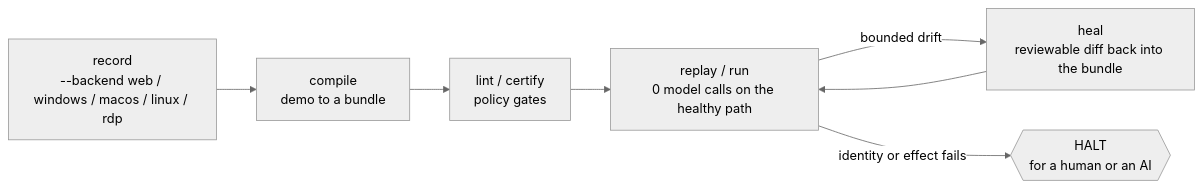
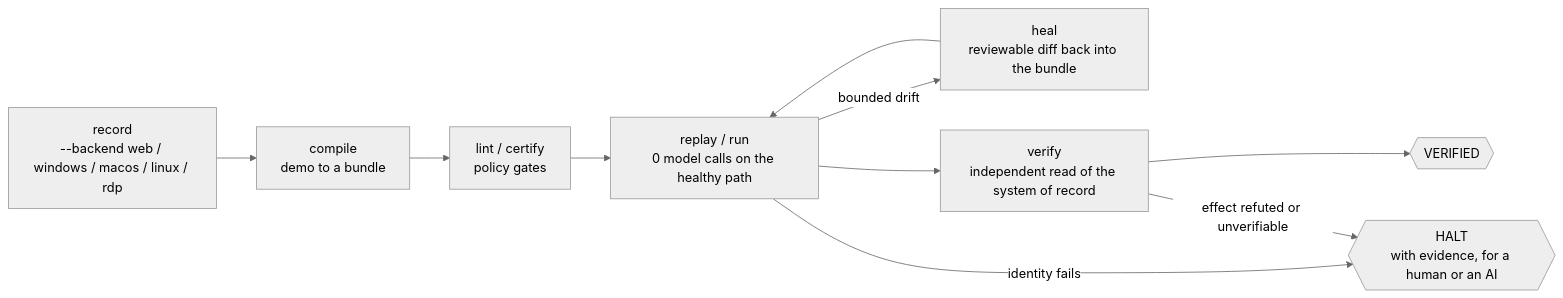
Before and after one commit to OpenAdaptAI/OpenAdapt: the first of 2 diagrams in packages/flow/README.md, drawn with Mermaid (neutral theme). The commit also changed other lines of this file, not shown here.

First line of the commit message:
docs(readme): launch-funnel pass — evidence table, comparison, FAQ, quick links (#410)

````diff
--- a/packages/flow/README.md
+++ b/packages/flow/README.md
@@ -402,9 +417,12 @@
 ```mermaid
 flowchart LR
   R["record<br/>--backend web / windows / macos / linux / rdp"] --> C["compile<br/>demo to a bundle"]
   C --> G["lint / certify<br/>policy gates"]
   G --> P["replay / run<br/>0 model calls on the healthy path"]
   P -->|bounded drift| H["heal<br/>reviewable diff back into the bundle"]
   H --> P
-  P -->|identity or effect fails| X{{"HALT<br/>for a human or an AI"}}
+  P --> V["verify<br/>independent read of the system of record"]
+  V --> OK{{"VERIFIED"}}
+  P -->|identity fails| X{{"HALT<br/>with evidence, for a human or an AI"}}
+  V -->|effect refuted or unverifiable| X
 ```
````
